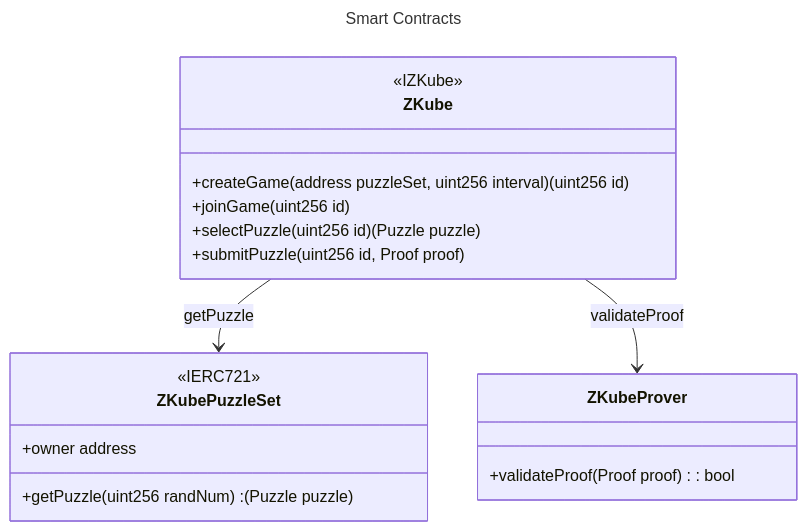
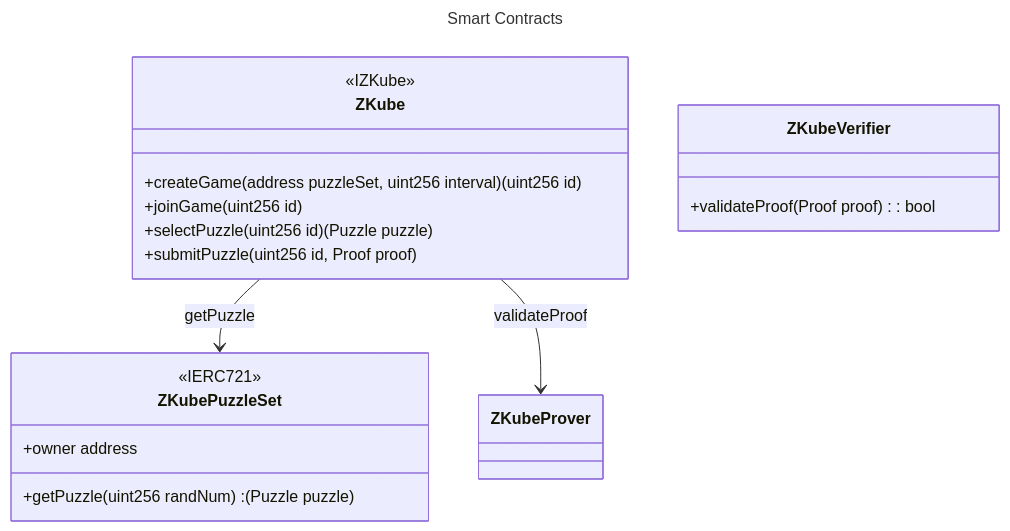
The diagram in README.md (mycenaean-n/zkomposer), drawn with Mermaid before and after one commit. The commit also changed 8 other files, not shown here.

````diff
--- a/README.md
+++ b/README.md
@@ -20,29 +20,29 @@
 ```mermaid
 ---
 title: Smart Contracts
 ---
 classDiagram
 class ZKube{
     <<IZKube>>
     +createGame(address puzzleSet, uint256 interval) (uint256 id)
     +joinGame(uint256 id)
     +selectPuzzle(uint256 id) (Puzzle puzzle)
     +submitPuzzle(uint256 id, Proof proof)
 }
 
 class ZKubePuzzleSet {
         <<IERC721>>
         +owner address
         +getPuzzle(uint256 randNum) : (Puzzle puzzle)
 } 
 
 ZKube --> ZKubePuzzleSet: getPuzzle
 
-class ZKubeProver {
+class ZKubeVerifier {
     +validateProof (Proof proof) : bool
 }
 
 ZKube --> ZKubeProver: validateProof
 
 
 ```
````
